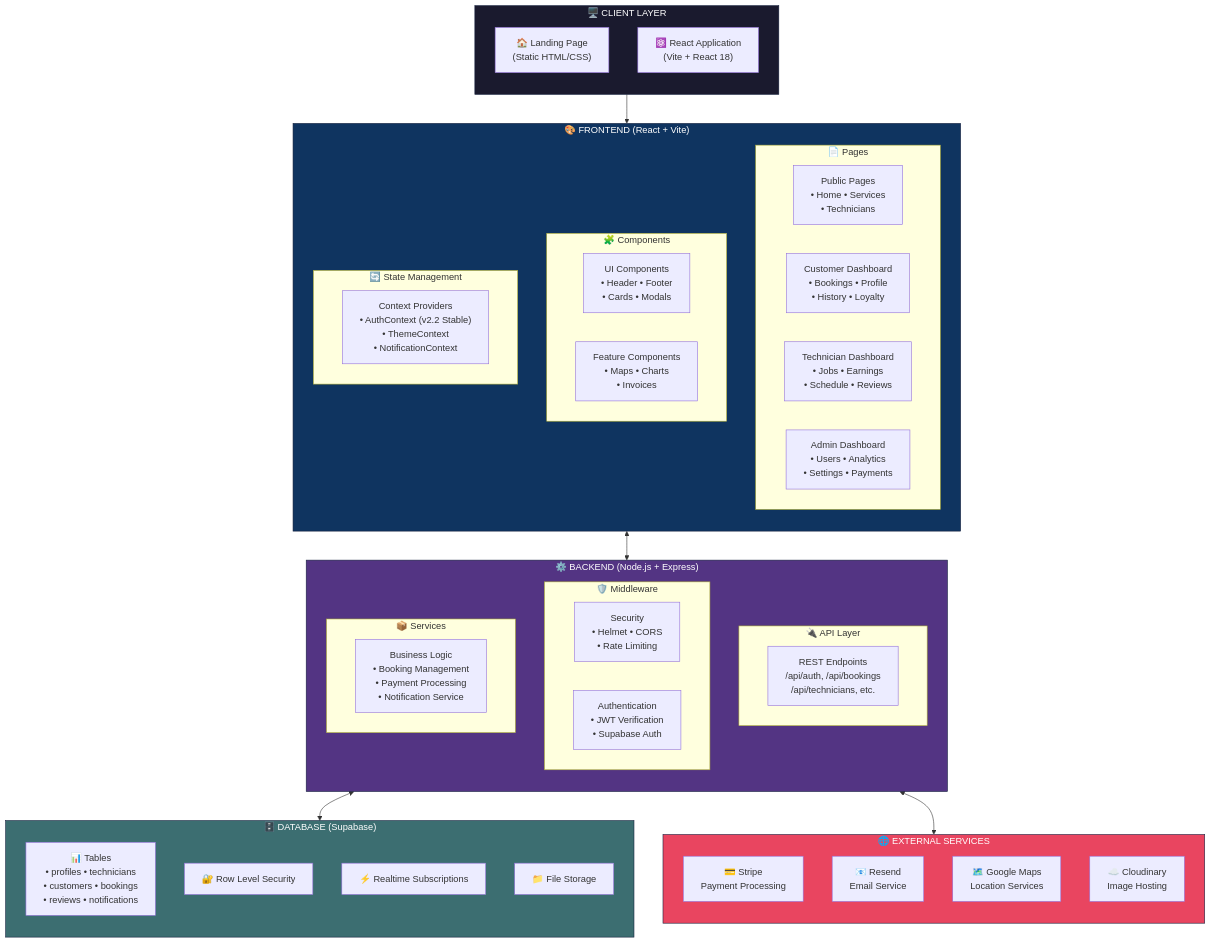
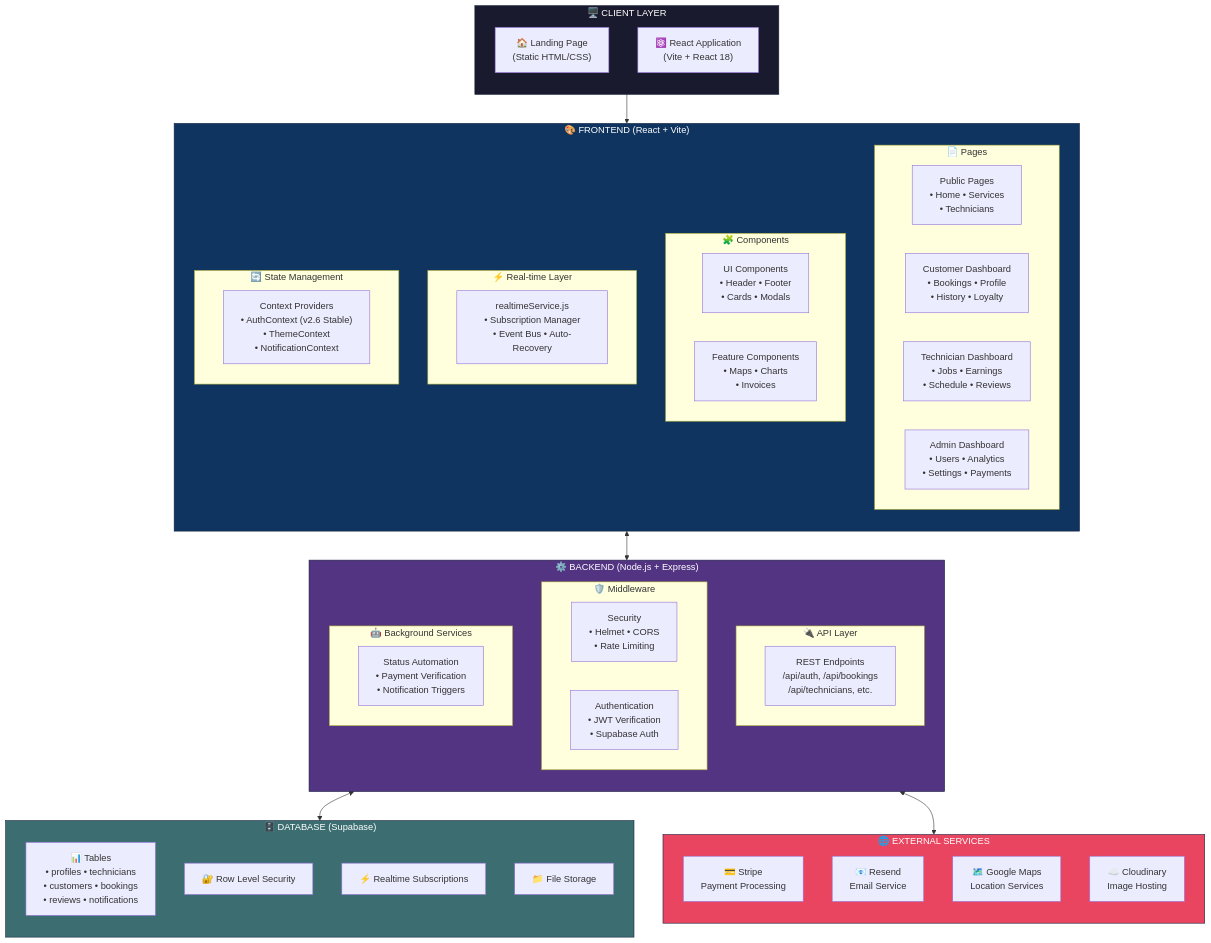
The first of 15 diagrams in README.md (Irchika774/Tech-Care_official), drawn with Mermaid before and after one commit. The commit also changed other lines of this file and 10 other files, not shown here.

Commit message:
feat(real-time): implement cross-dashboard synchronization and payment status automation v2.6.3

````diff
--- a/README.md
+++ b/README.md
@@ -46,66 +47,69 @@
 ```mermaid
 flowchart TB
     subgraph Client["🖥️ CLIENT LAYER"]
         direction TB
         LP["🏠 Landing Page<br/>(Static HTML/CSS)"]
         RA["⚛️ React Application<br/>(Vite + React 18)"]
     end
 
     subgraph Frontend["🎨 FRONTEND (React + Vite)"]
         direction TB
         subgraph Pages["📄 Pages"]
             PUB["Public Pages<br/>• Home • Services<br/>• Technicians"]
             CUST["Customer Dashboard<br/>• Bookings • Profile<br/>• History • Loyalty"]
             TECH["Technician Dashboard<br/>• Jobs • Earnings<br/>• Schedule • Reviews"]
             ADM["Admin Dashboard<br/>• Users • Analytics<br/>• Settings • Payments"]
         end
         subgraph Components["🧩 Components"]
             UI["UI Components<br/>• Header • Footer<br/>• Cards • Modals"]
             FEAT["Feature Components<br/>• Maps • Charts<br/>• Invoices"]
         end
+        subgraph Services["⚡ Real-time Layer"]
+            RTS["realtimeService.js<br/>• Subscription Manager<br/>• Event Bus • Auto-Recovery"]
+        end
         subgraph State["🔄 State Management"]
-            CTX["Context Providers<br/>• AuthContext (v2.2 Stable)<br/>• ThemeContext<br/>• NotificationContext"]
+            CTX["Context Providers<br/>• AuthContext (v2.6 Stable)<br/>• ThemeContext<br/>• NotificationContext"]
         end
     end
 
     subgraph Backend["⚙️ BACKEND (Node.js + Express)"]
         direction TB
         subgraph API["🔌 API Layer"]
             REST["REST Endpoints<br/>/api/auth, /api/bookings<br/>/api/technicians, etc."]
         end
         subgraph MW["🛡️ Middleware"]
             SEC["Security<br/>• Helmet • CORS<br/>• Rate Limiting"]
             AUTH["Authentication<br/>• JWT Verification<br/>• Supabase Auth"]
         end
-        subgraph Services["📦 Services"]
-            BIZ["Business Logic<br/>• Booking Management<br/>• Payment Processing<br/>• Notification Service"]
+        subgraph Workers["🤖 Background Services"]
+            AUTO["Status Automation<br/>• Payment Verification<br/>• Notification Triggers"]
         end
     end
 
     subgraph Database["🗄️ DATABASE (Supabase)"]
         direction TB
         TABLES["📊 Tables<br/>• profiles • technicians<br/>• customers • bookings<br/>• reviews • notifications"]
         RLS["🔐 Row Level Security"]
         REALTIME["⚡ Realtime Subscriptions"]
         STORAGE["📁 File Storage"]
     end
 
     subgraph External["🌐 EXTERNAL SERVICES"]
         direction TB
         STRIPE["💳 Stripe<br/>Payment Processing"]
         RESEND["📧 Resend<br/>Email Service"]
         GMAPS["🗺️ Google Maps<br/>Location Services"]
         CLOUD["☁️ Cloudinary<br/>Image Hosting"]
     end
 
     Client --> Frontend
     Frontend <--> Backend
     Backend <--> Database
     Backend <--> External
 
     style Client fill:#1a1a2e,stroke:#16213e,color:#fff
     style Frontend fill:#0f3460,stroke:#16213e,color:#fff
     style Backend fill:#533483,stroke:#16213e,color:#fff
     style Database fill:#3c6e71,stroke:#16213e,color:#fff
     style External fill:#e94560,stroke:#16213e,color:#fff
 ```
````
